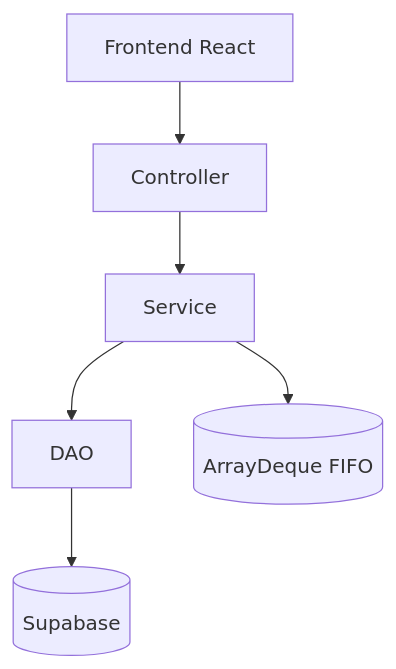
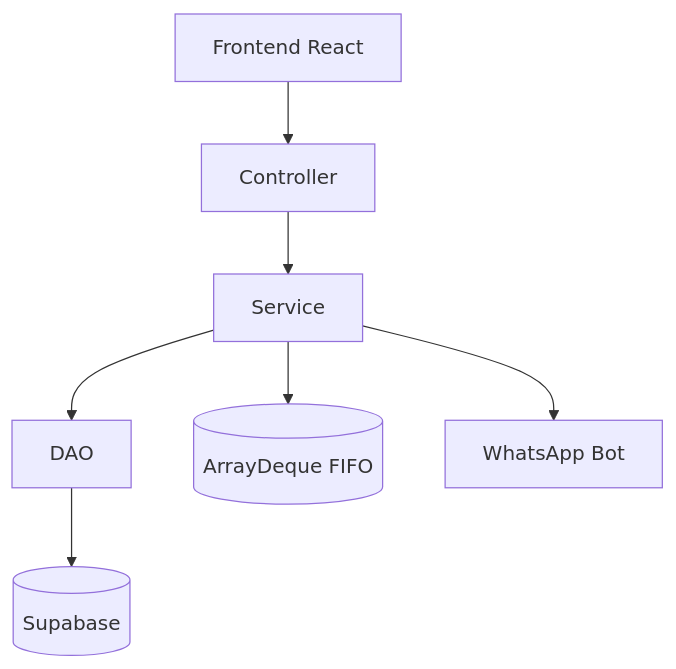
Before and after one commit to AndersonFQueiroz/NextCut: the second of 4 diagrams in README.md, drawn with Mermaid. The commit also changed other lines of this file and 14 other files, not shown here.

````diff
--- a/README.md
+++ b/README.md
@@ -137,8 +142,9 @@
 ```mermaid
 flowchart TD
     UI[Frontend React] --> Controller
     Controller --> Service
     Service --> DAO
     DAO --> Database[(Supabase)]
     Service --> QueueMemory[(ArrayDeque FIFO)]
+    Service --> NodeBot[WhatsApp Bot]
 ```
````
